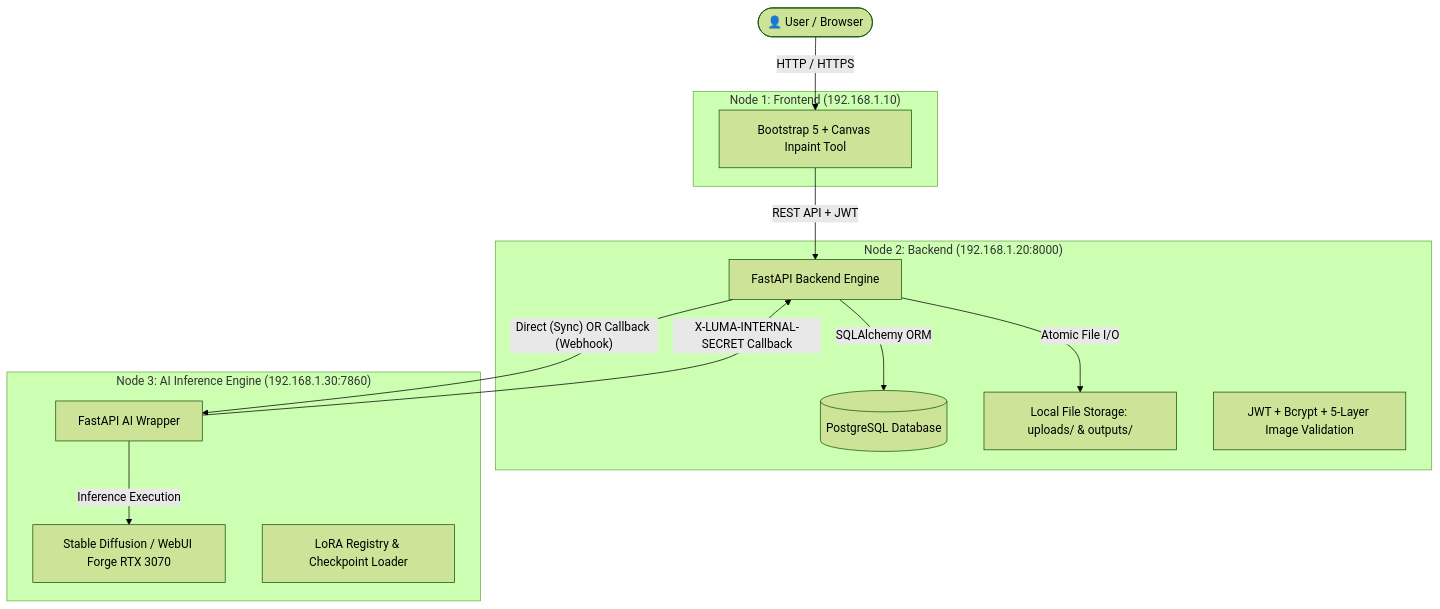
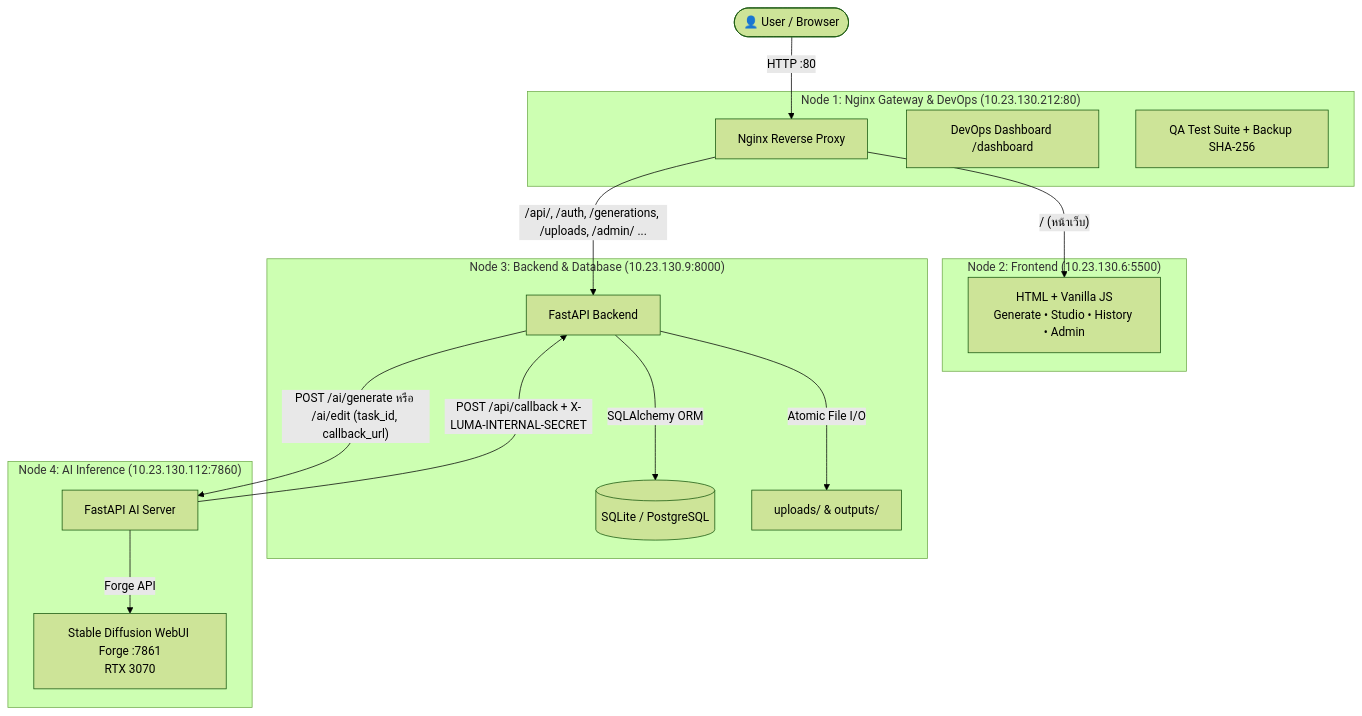
The first of 3 diagrams in README.md (Pongkarm/Project_Luma_PKW), drawn with Mermaid (forest theme) before and after one commit. The commit also changed other lines of this file and 3 other files, not shown here.

````diff
--- a/README.md
+++ b/README.md
@@ -17,29 +36,34 @@
 ```mermaid
 graph TD
-    User([👤 User / Browser])
-    
-    subgraph PC1 ["Node 1: Frontend (192.168.1.10)"]
-        UI[Bootstrap 5 + Canvas Inpaint Tool]
+    User(["👤 User / Browser"])
+
+    subgraph N1 ["Node 1: Nginx Gateway & DevOps (10.23.130.212:80)"]
+        Nginx["Nginx Reverse Proxy"]
+        Dash["DevOps Dashboard /dashboard"]
+        QA["QA Test Suite + Backup SHA-256"]
     end
 
-    subgraph PC2 ["Node 2: Backend (192.168.1.20:8000)"]
-        API[FastAPI Backend Engine]
-        DB[(PostgreSQL Database)]
-        Storage[Local File Storage: uploads/ & outputs/]
-        Security[JWT + Bcrypt + 5-Layer Image Validation]
+    subgraph N2 ["Node 2: Frontend (10.23.130.6:5500)"]
+        UI["HTML + Vanilla JS<br/>Generate • Studio • History • Admin"]
     end
 
-    subgraph PC3 ["Node 3: AI Inference Engine (192.168.1.30:7860)"]
-        AIEngine[FastAPI AI Wrapper]
-        SD[Stable Diffusion / WebUI Forge RTX 3070]
-        LoRA[LoRA Registry & Checkpoint Loader]
+    subgraph N3 ["Node 3: Backend & Database (10.23.130.9:8000)"]
+        API["FastAPI Backend"]
+        DB[("SQLite / PostgreSQL")]
+        Storage["uploads/ & outputs/"]
     end
 
-    User -->|"HTTP / HTTPS"| UI
-    UI -->|"REST API + JWT"| API
+    subgraph N4 ["Node 4: AI Inference (10.23.130.112:7860)"]
+        AI["FastAPI AI Server"]
+        SD["Stable Diffusion WebUI Forge :7861<br/>RTX 3070"]
+    end
+
+    User -->|"HTTP :80"| Nginx
+    Nginx -->|"/ (หน้าเว็บ)"| UI
+    Nginx -->|"/api/, /auth, /generations, /uploads, /admin/ ..."| API
     API -->|"SQLAlchemy ORM"| DB
     API -->|"Atomic File I/O"| Storage
-    API -->|"Direct (Sync) OR Callback (Webhook)"| AIEngine
-    AIEngine -->|"Inference Execution"| SD
-    AIEngine -->|"X-LUMA-INTERNAL-SECRET Callback"| API
+    API -->|"POST /ai/generate หรือ /ai/edit (task_id, callback_url)"| AI
+    AI -->|"Forge API"| SD
+    AI -->|"POST /api/callback + X-LUMA-INTERNAL-SECRET"| API
 ```
````
